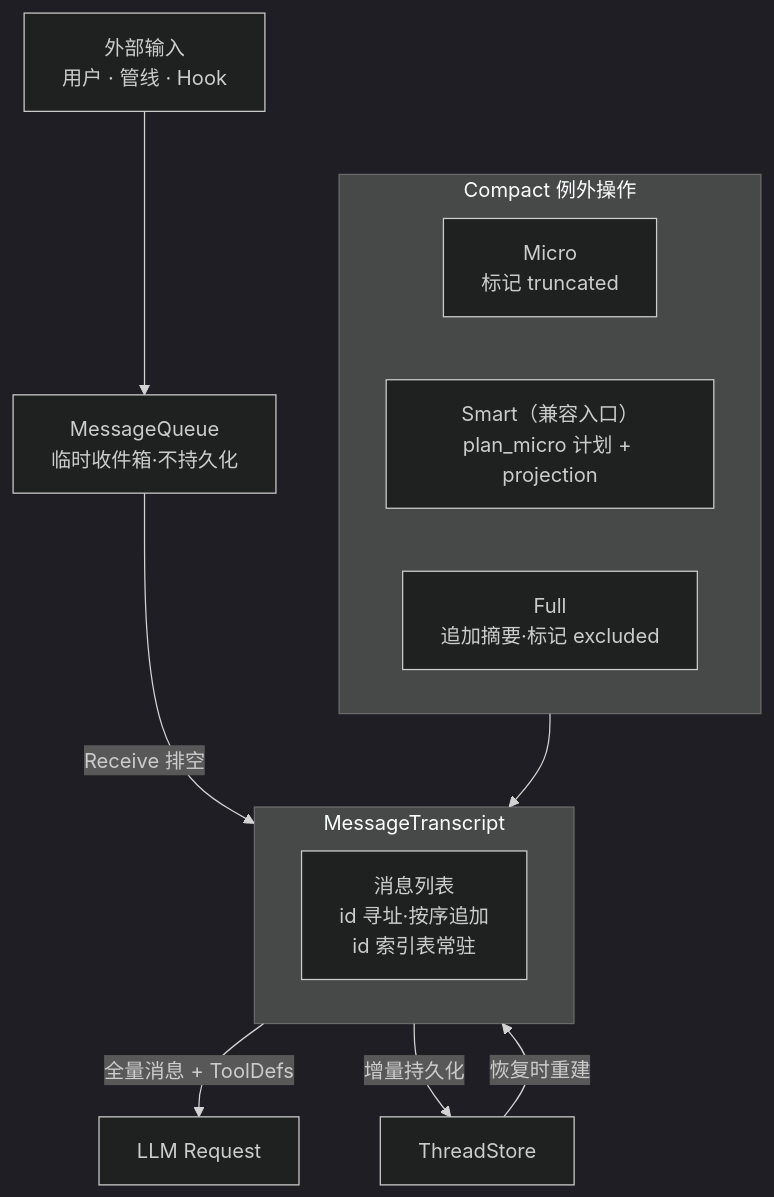
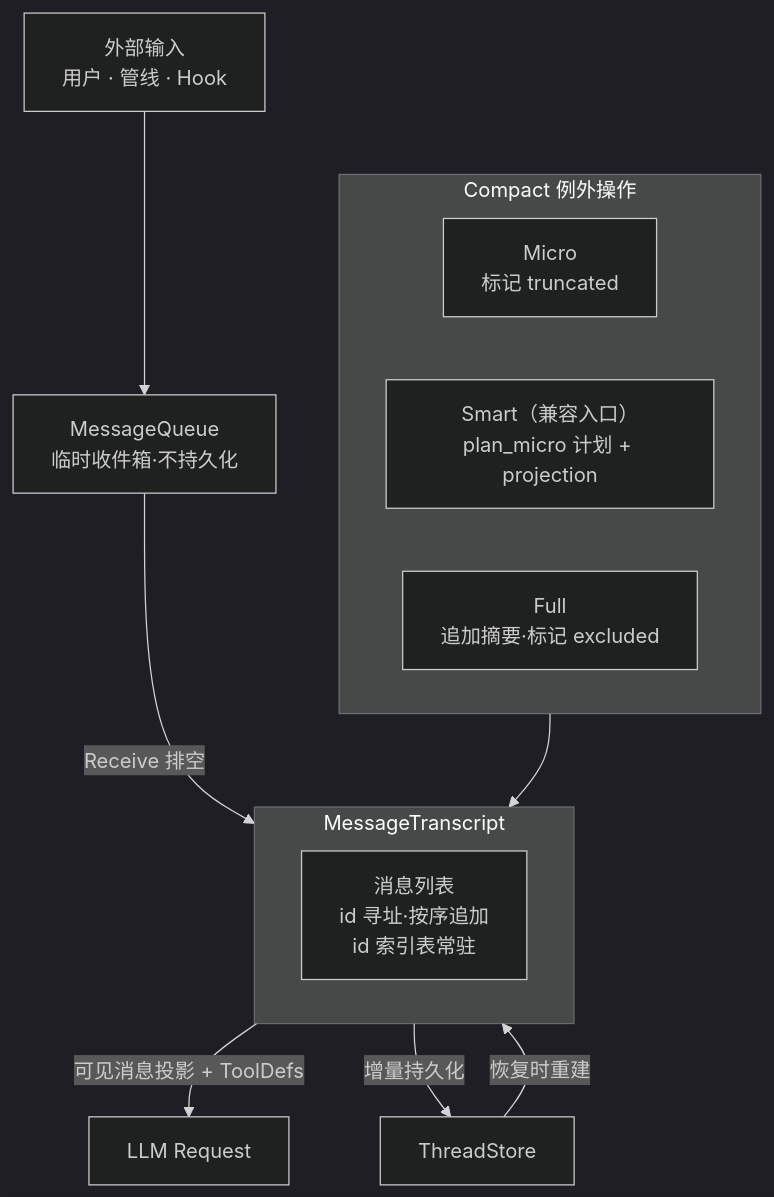
The diagram in docs/design/message-transcript.md (KonghaYao/peri), drawn with Mermaid (dark theme) before and after one commit. The commit also changed other lines of this file and 47 other files, not shown here.

````diff
--- a/docs/design/message-transcript.md
+++ b/docs/design/message-transcript.md
@@ -22,24 +22,24 @@
 ```mermaid
 graph TB
     EXT["外部输入<br/>用户 · 管线 · Hook"]
     EXT --> MQ
 
     MQ["MessageQueue<br/>临时收件箱·不持久化"] -->|"Receive 排空"| TRANSCRIPT
 
     subgraph TRANSCRIPT["MessageTranscript"]
         MSGS["消息列表<br/>id 寻址·按序追加<br/>id 索引表常驻"]
     end
 
-    TRANSCRIPT -->|"全量消息 + ToolDefs"| LLM["LLM Request"]
+    TRANSCRIPT -->|"可见消息投影 + ToolDefs"| LLM["LLM Request"]
     TRANSCRIPT -->|"增量持久化"| PERSIST["ThreadStore"]
 
     subgraph COMPACT["Compact 例外操作"]
         MICRO["Micro<br/>标记 truncated"]
         SMART["Smart（兼容入口）<br/>plan_micro 计划 + projection"]
         FULL["Full<br/>追加摘要·标记 excluded"]
     end
 
     COMPACT --> TRANSCRIPT
 
     PERSIST -->|"恢复时重建"| TRANSCRIPT
 ```
````
